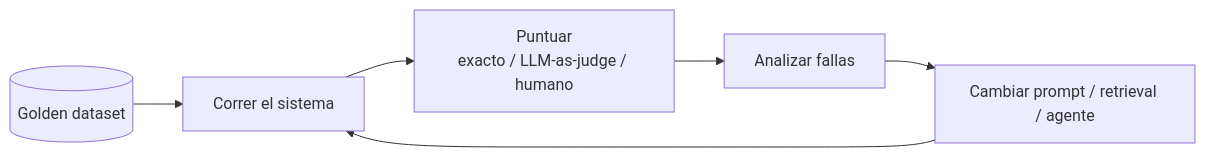
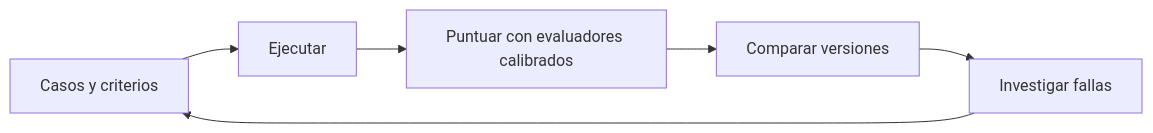
The diagram in evals/Evals.md (BenjaSchindler/AI-Engineering), drawn with Mermaid before and after one commit. The commit also changed other lines of this file and 133 other files, not shown here.

````diff
--- a/evals/Evals.md
+++ b/evals/Evals.md
@@ -28,8 +12,8 @@
 ```mermaid
 flowchart LR
-  gd[(Golden dataset)] --> run[Correr el sistema]
-  run --> score["Puntuar<br/>exacto / LLM-as-judge / humano"]
-  score --> an[Analizar fallas]
-  an --> fix[Cambiar prompt / retrieval / agente]
-  fix --> run
+  d[Casos y criterios] --> e[Ejecutar]
+  e --> g[Puntuar con evaluadores calibrados]
+  g --> c[Comparar versiones]
+  c --> f[Investigar fallas]
+  f --> d
 ```
````
